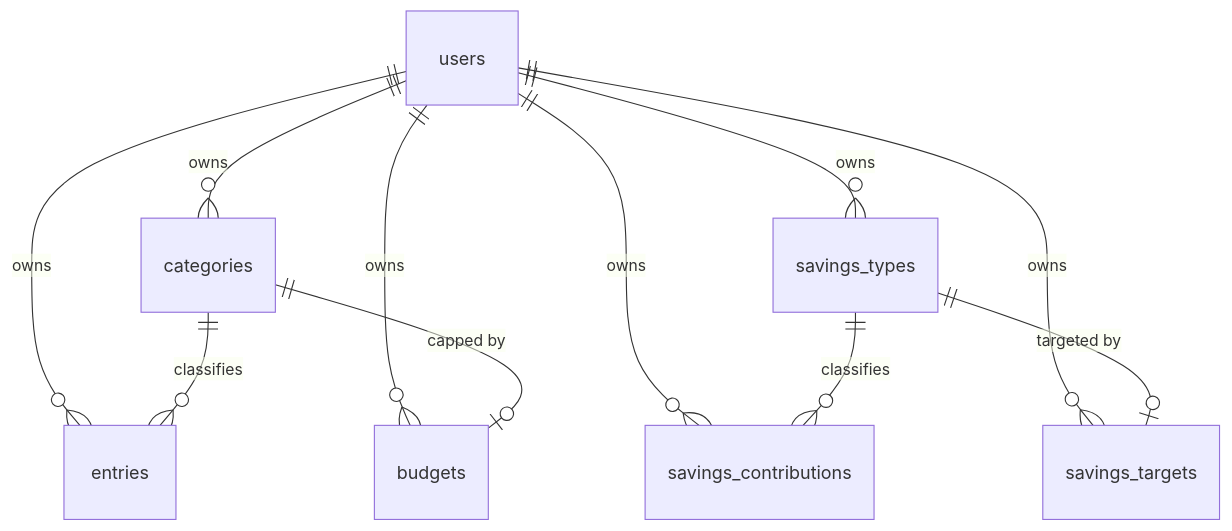
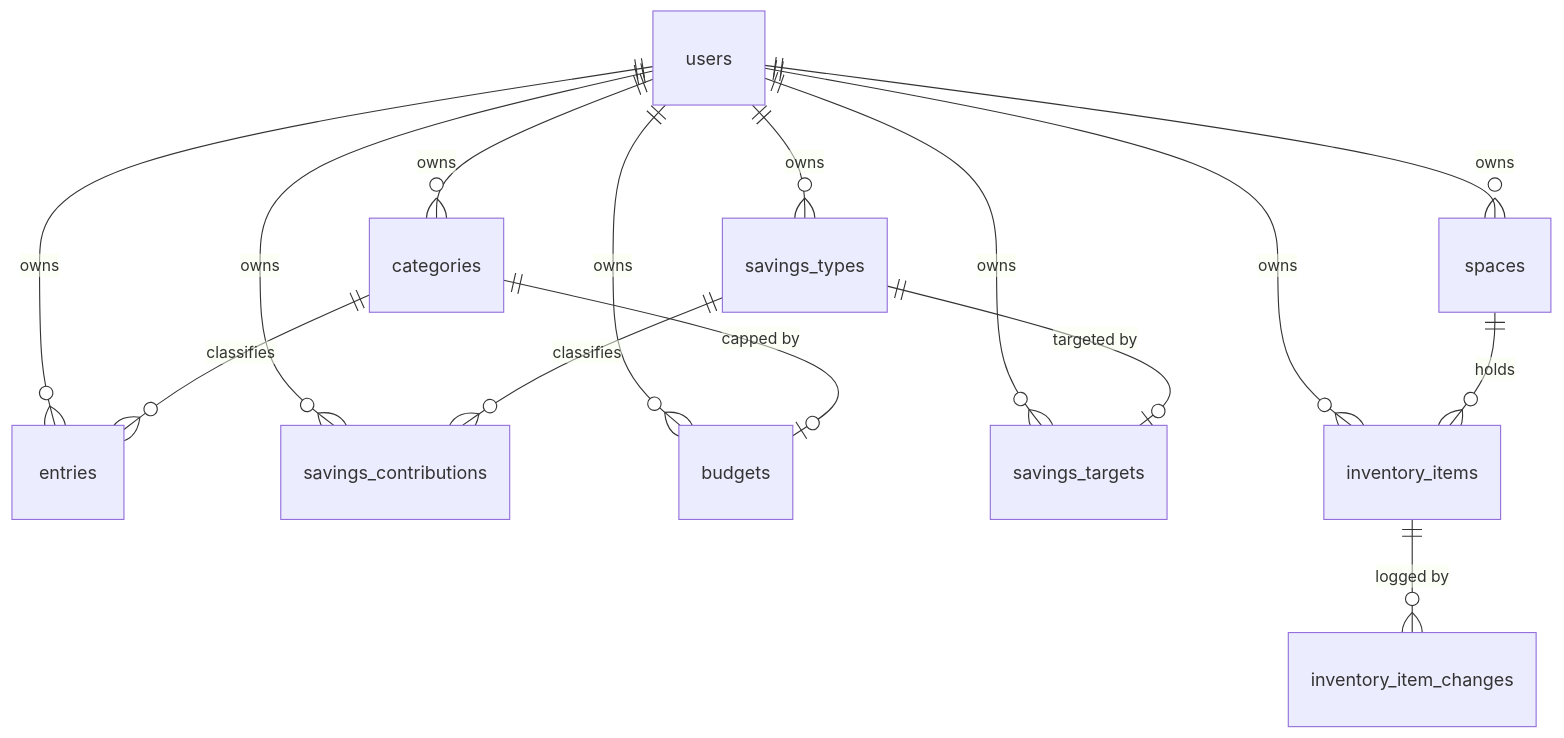
Before and after one commit to Ar4gornn/MinimalBudget: the second of 4 diagrams in docs/architecture.md, drawn with Mermaid. The commit also changed other lines of this file and 22 other files, not shown here.

First line of the commit message:
feat: inventory with spaces and restock reminders

````diff
--- a/docs/architecture.md
+++ b/docs/architecture.md
@@ -398,13 +454,17 @@
 ```mermaid
 erDiagram
   users ||--o{ categories : owns
   users ||--o{ entries : owns
   users ||--o{ savings_types : owns
   users ||--o{ savings_contributions : owns
   users ||--o{ budgets : owns
   users ||--o{ savings_targets : owns
   categories ||--o{ entries : classifies
   categories ||--o| budgets : "capped by"
   savings_types ||--o{ savings_contributions : classifies
   savings_types ||--o| savings_targets : "targeted by"
+  users ||--o{ spaces : owns
+  users ||--o{ inventory_items : owns
+  spaces ||--o{ inventory_items : holds
+  inventory_items ||--o{ inventory_item_changes : "logged by"
 ```
````
